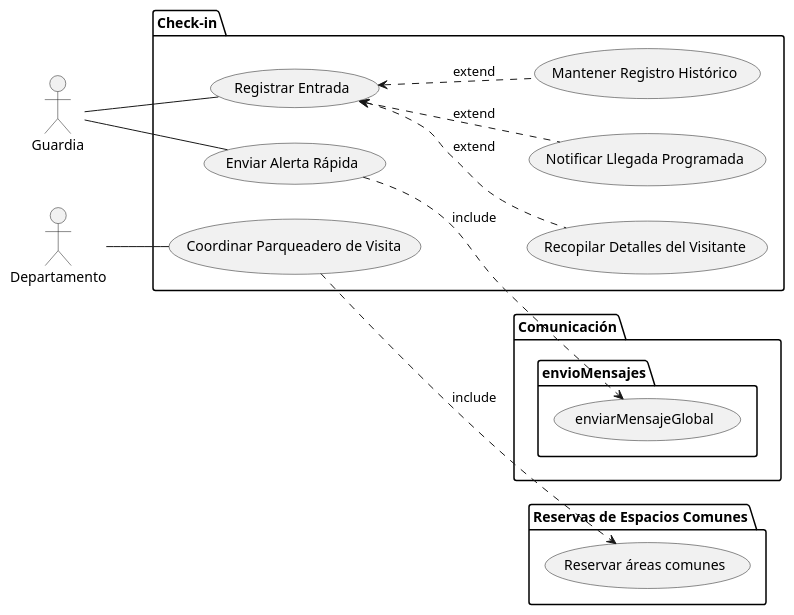
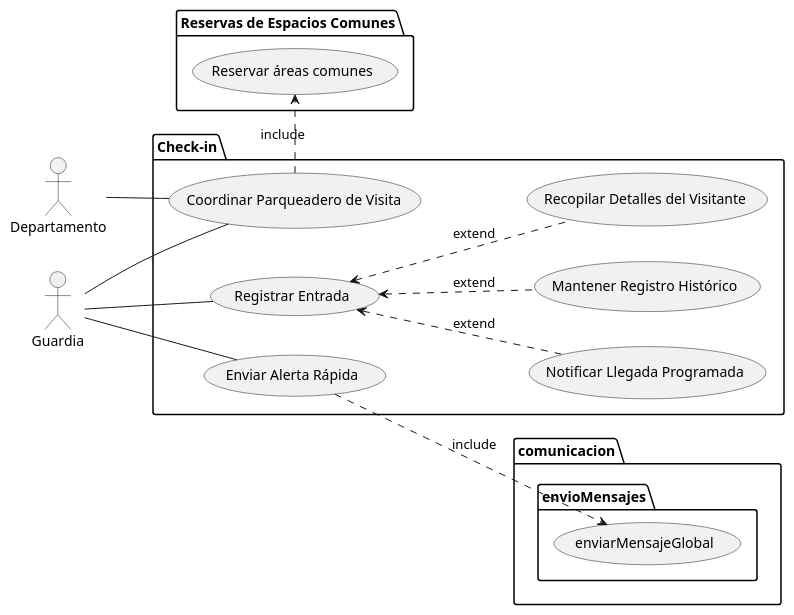
Before and after one commit to richardriverag/ProyectoDiseno24B: the diagram in Diagramas/CasosDeUso_GrupoE_Check-In/CasosDeUso.puml, drawn with PlantUML.

Commit message:
Modify(Check-in): Update use case

```diff
--- a/Diagramas/CasosDeUso_GrupoE_Check-In/CasosDeUso.puml
+++ b/Diagramas/CasosDeUso_GrupoE_Check-In/CasosDeUso.puml
@@ -1,40 +1,43 @@
 @startuml
 left to right direction
 
 actor "Departamento" as residente
 actor "Guardia" as seguridad
 
 package "Check-in" {
     usecase "Registrar Entrada" as registrarEntrada
     usecase "Recopilar Detalles del Visitante" as recopilarDetalles
     usecase "Notificar Llegada Programada" as notificarLlegada
     usecase "Mantener Registro Histórico" as mantenerRegistro
     usecase "Enviar Alerta Rápida" as enviarAlerta
     usecase "Coordinar Parqueadero de Visita" as coordinarParqueadero
 }
 
 package "Reservas de Espacios Comunes"{
    usecase "Reservar áreas comunes" as reservarAC
 }
 
-package "Comunicación"{
+package comunicacion{
 package envioMensajes{
 usecase "enviarMensajeGlobal" as mensajeGlobal
 }
 
 }
 
 
 registrarEntrada <.. recopilarDetalles : extend
 registrarEntrada <.. notificarLlegada : extend
 registrarEntrada <.. mantenerRegistro : extend
 
 
-seguridad -down- enviarAlerta
-seguridad -left- registrarEntrada
+seguridad -- enviarAlerta
+seguridad -- registrarEntrada
+seguridad -- coordinarParqueadero
 
 residente -- coordinarParqueadero
 
-reservarAC <.up. coordinarParqueadero : include
+reservarAC <.left. coordinarParqueadero : include
 mensajeGlobal <.up. enviarAlerta : include
+
+
 @enduml
```
